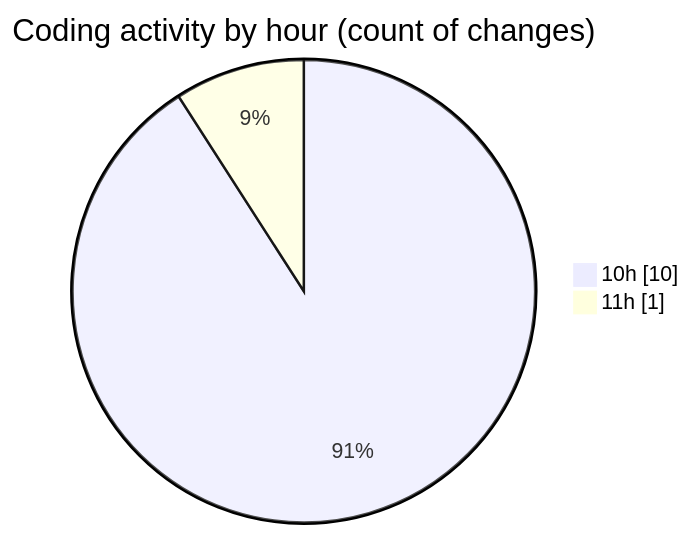
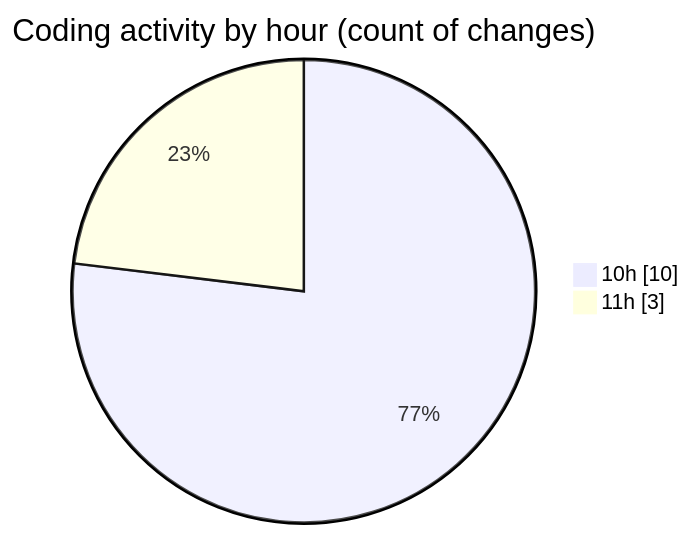
The second of 2 diagrams in 2025-04-24/desktop/README.md (LanceThiago/code-tracking), drawn with Mermaid before and after one commit. The commit also changed other lines of this file and 1 other file, not shown here.

````diff
--- a/2025-04-24/desktop/README.md
+++ b/2025-04-24/desktop/README.md
@@ -28,6 +28,6 @@
 ```mermaid
 pie showData
 title Coding activity by hour (count of changes)
 "10h" : 10
-"11h" : 1
+"11h" : 3
 ```
````
